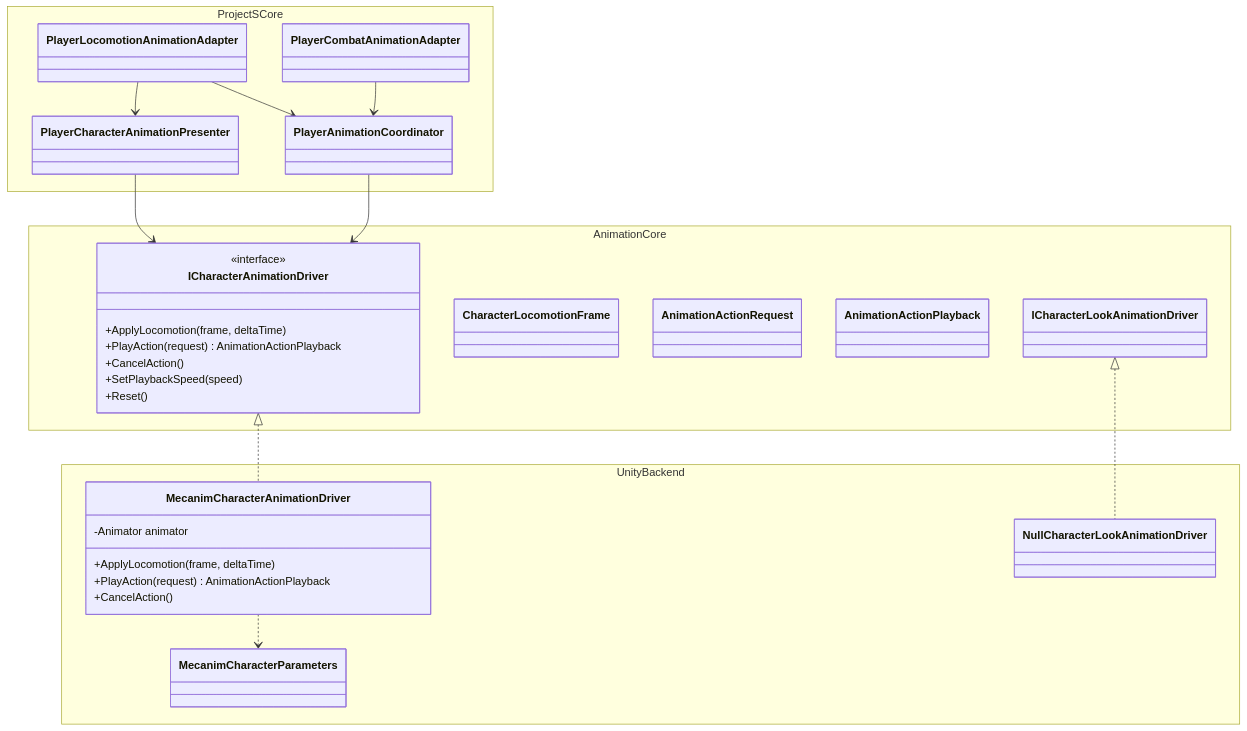
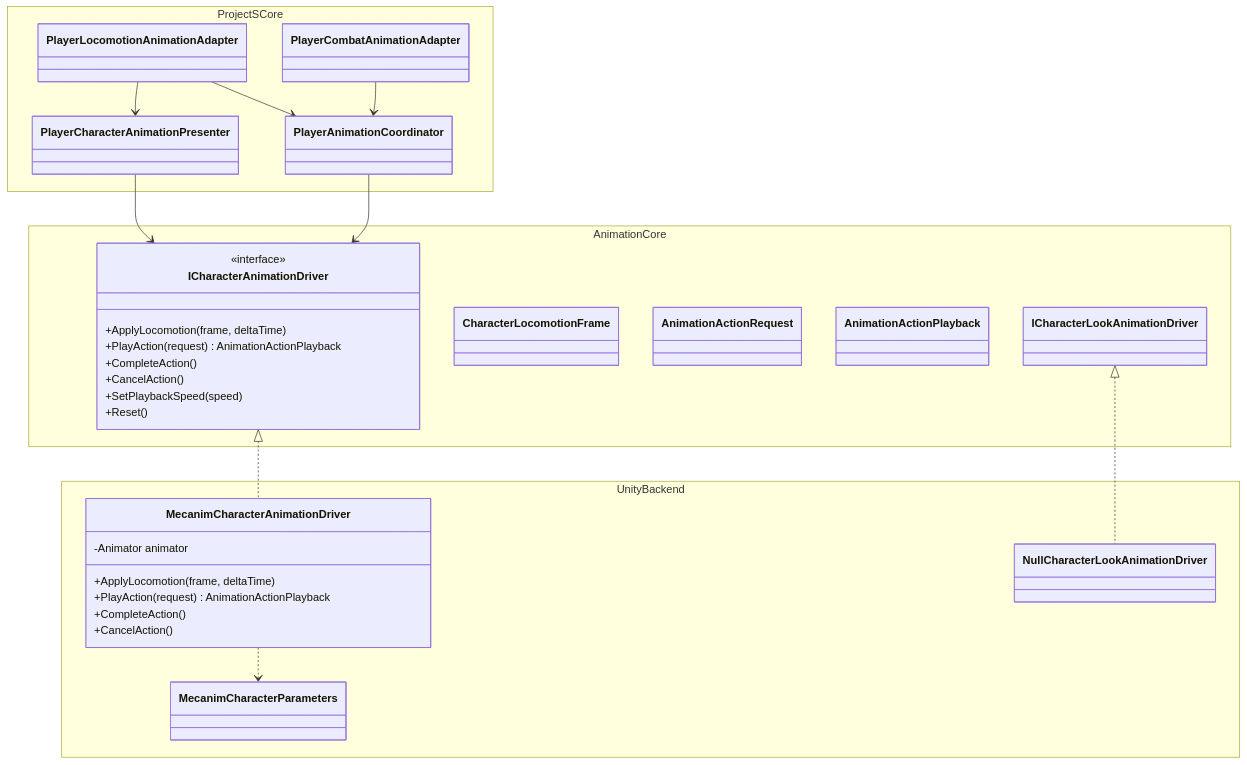
The first of 2 diagrams in Assets/_App/Modules/Animation/README.md (MaximFonariuc/project-s), drawn with Mermaid before and after one commit. The commit also changed other lines of this file and 6 other files, not shown here.

````diff
--- a/Assets/_App/Modules/Animation/README.md
+++ b/Assets/_App/Modules/Animation/README.md
@@ -15,44 +15,46 @@
 ```mermaid
 classDiagram
     namespace AnimationCore {
         class ICharacterAnimationDriver {
             <<interface>>
             +ApplyLocomotion(frame, deltaTime)
             +PlayAction(request) AnimationActionPlayback
+            +CompleteAction()
             +CancelAction()
             +SetPlaybackSpeed(speed)
             +Reset()
         }
         class CharacterLocomotionFrame
         class AnimationActionRequest
         class AnimationActionPlayback
         class ICharacterLookAnimationDriver
     }
 
     namespace UnityBackend {
         class MecanimCharacterAnimationDriver {
             -Animator animator
             +ApplyLocomotion(frame, deltaTime)
             +PlayAction(request) AnimationActionPlayback
+            +CompleteAction()
             +CancelAction()
         }
         class MecanimCharacterParameters
         class NullCharacterLookAnimationDriver
     }
 
     namespace ProjectSCore {
         class PlayerCharacterAnimationPresenter
         class PlayerAnimationCoordinator
         class PlayerLocomotionAnimationAdapter
         class PlayerCombatAnimationAdapter
     }
 
     ICharacterAnimationDriver <|.. MecanimCharacterAnimationDriver
     ICharacterLookAnimationDriver <|.. NullCharacterLookAnimationDriver
     PlayerCharacterAnimationPresenter --> ICharacterAnimationDriver
     PlayerAnimationCoordinator --> ICharacterAnimationDriver
     PlayerLocomotionAnimationAdapter --> PlayerCharacterAnimationPresenter
     PlayerLocomotionAnimationAdapter --> PlayerAnimationCoordinator
     PlayerCombatAnimationAdapter --> PlayerAnimationCoordinator
     MecanimCharacterAnimationDriver ..> MecanimCharacterParameters
 ```
````
